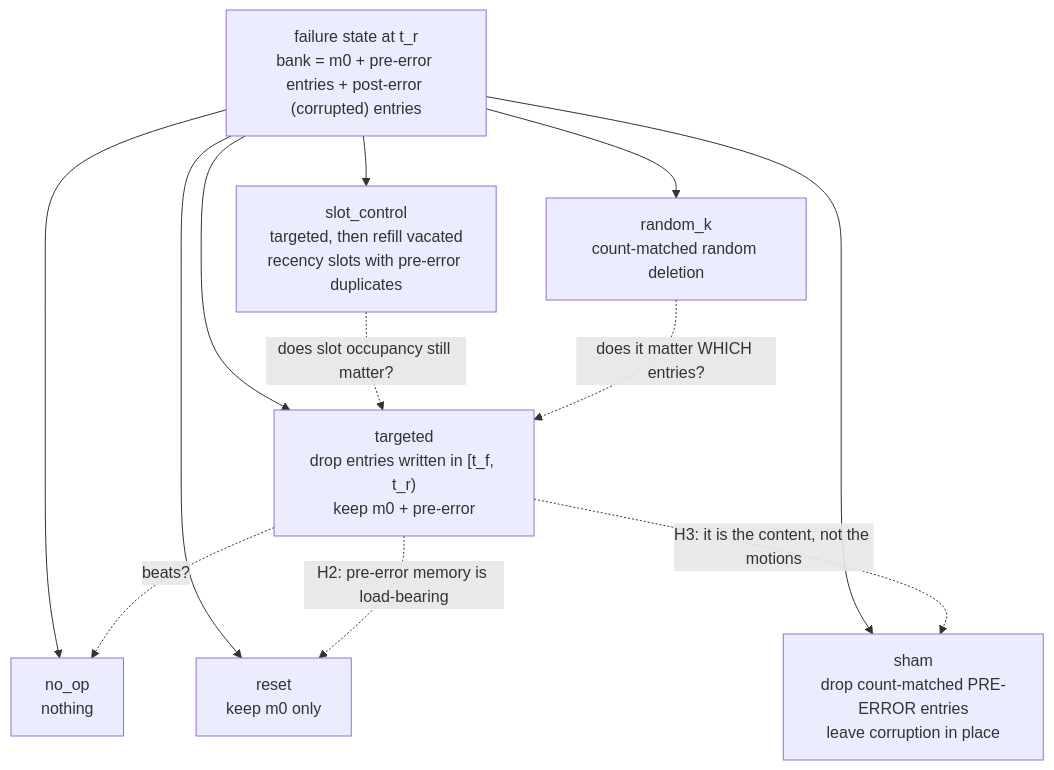
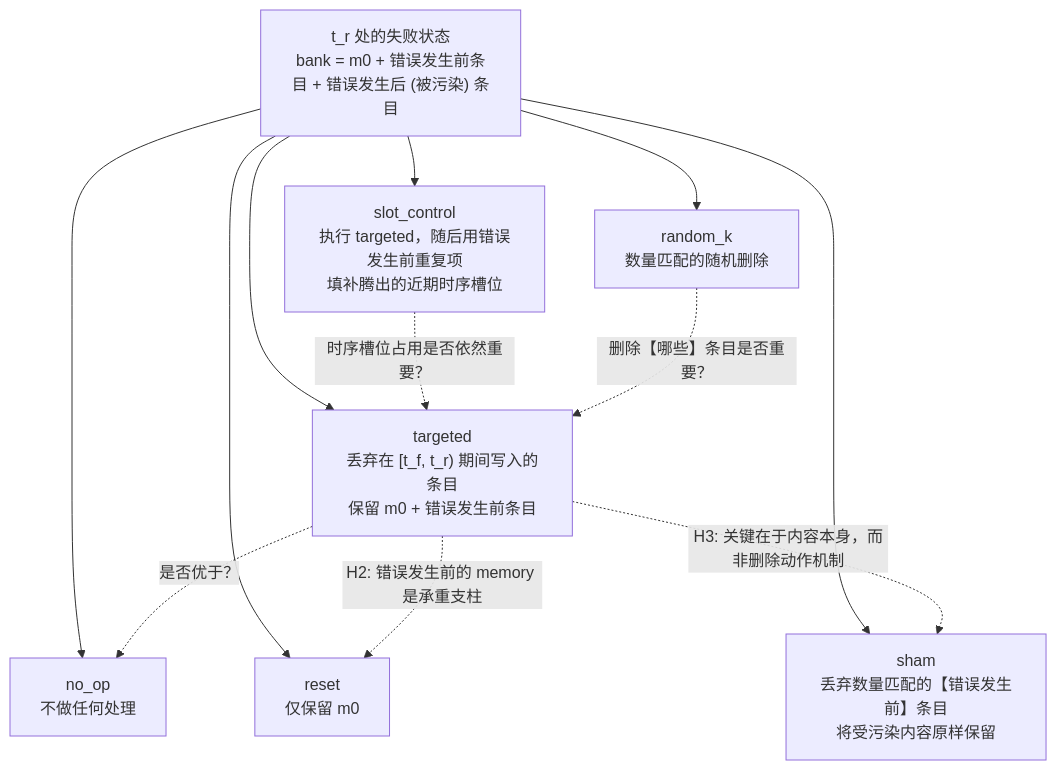
Before and after one commit to songkang688/idea: the second of 5 diagrams in Windows7/Idea_02/diagrams/architecture.md, drawn with Mermaid. The commit also changed other lines of this file and 74 other files, not shown here.

````diff
--- a/Windows7/Idea_02/diagrams/architecture.md
+++ b/Windows7/Idea_02/diagrams/architecture.md
@@ -27,17 +26,17 @@
 ```mermaid
 flowchart TD
-    F["failure state at t_r<br/>bank = m0 + pre-error entries + post-error (corrupted) entries"]
+    F["t_r 处的失败状态<br/>bank = m0 + 错误发生前条目 + 错误发生后 (被污染) 条目"]
 
-    F --> N["no_op<br/>nothing"]
-    F --> T["targeted<br/>drop entries written in [t_f, t_r)<br/>keep m0 + pre-error"]
-    F --> R["reset<br/>keep m0 only"]
-    F --> S["sham<br/>drop count-matched PRE-ERROR entries<br/>leave corruption in place"]
-    F --> SC["slot_control<br/>targeted, then refill vacated<br/>recency slots with pre-error duplicates"]
-    F --> RK["random_k<br/>count-matched random deletion"]
+    F --> N["no_op<br/>不做任何处理"]
+    F --> T["targeted<br/>丢弃在 [t_f, t_r) 期间写入的条目<br/>保留 m0 + 错误发生前条目"]
+    F --> R["reset<br/>仅保留 m0"]
+    F --> S["sham<br/>丢弃数量匹配的【错误发生前】条目<br/>将受污染内容原样保留"]
+    F --> SC["slot_control<br/>执行 targeted，随后用错误发生前重复项<br/>填补腾出的近期时序槽位"]
+    F --> RK["random_k<br/>数量匹配的随机删除"]
 
-    T -.->|"beats?"| N
-    T -.->|"H2: pre-error memory is load-bearing"| R
-    T -.->|"H3: it is the content, not the motions"| S
-    SC -.->|"does slot occupancy still matter?"| T
-    RK -.->|"does it matter WHICH entries?"| T
+    T -.->|"是否优于？"| N
+    T -.->|"H2: 错误发生前的 memory 是承重支柱"| R
+    T -.->|"H3: 关键在于内容本身，而非删除动作机制"| S
+    SC -.->|"时序槽位占用是否依然重要？"| T
+    RK -.->|"删除【哪些】条目是否重要？"| T
 ```
````
